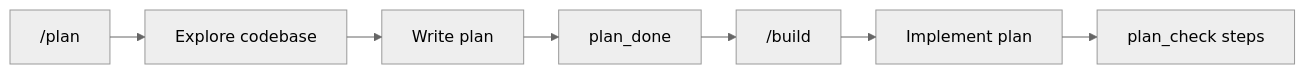
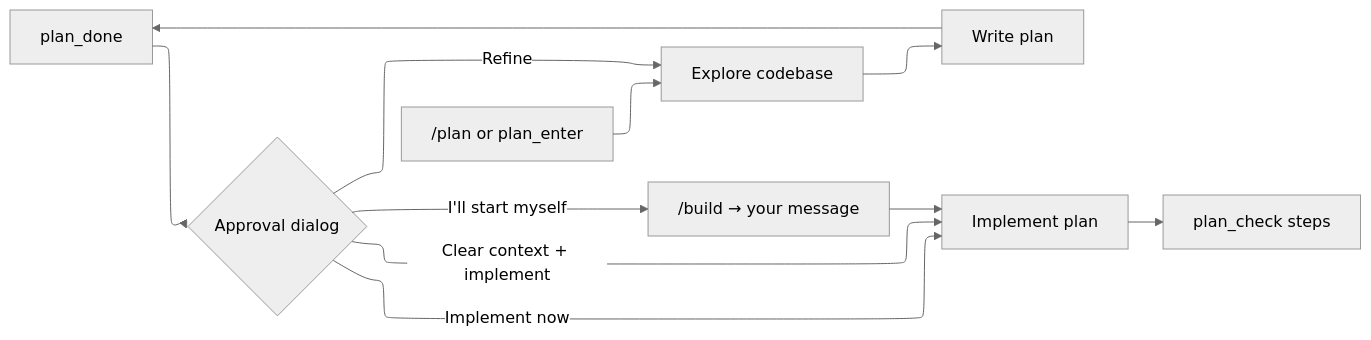
Before and after one commit to aa-blinov/cast: the diagram in docs/plan-mode.md, drawn with Mermaid (neutral theme). The commit also changed other lines of this file and 10 other files, not shown here.

````diff
--- a/docs/plan-mode.md
+++ b/docs/plan-mode.md
@@ -7,15 +7,19 @@
 ```mermaid
 ---
 config:
   layout: elk
   elk:
     nodePlacementStrategy: NETWORK_SIMPLEX
 ---
 flowchart LR
-  A["/plan"] --> B[Explore codebase]
+  A["/plan or plan_enter"] --> B[Explore codebase]
   B --> C[Write plan]
   C --> D["plan_done"]
-  D --> E["/build"]
-  E --> F[Implement plan]
-  F --> G["plan_check steps"]
+  D --> E{Approval dialog}
+  E -->|Implement now| F[Implement plan]
+  E -->|Clear context + implement| F
+  E -->|"I'll start myself"| G["/build → your message"]
+  E -->|Refine| B
+  G --> F
+  F --> H["plan_check steps"]
 ```
````
